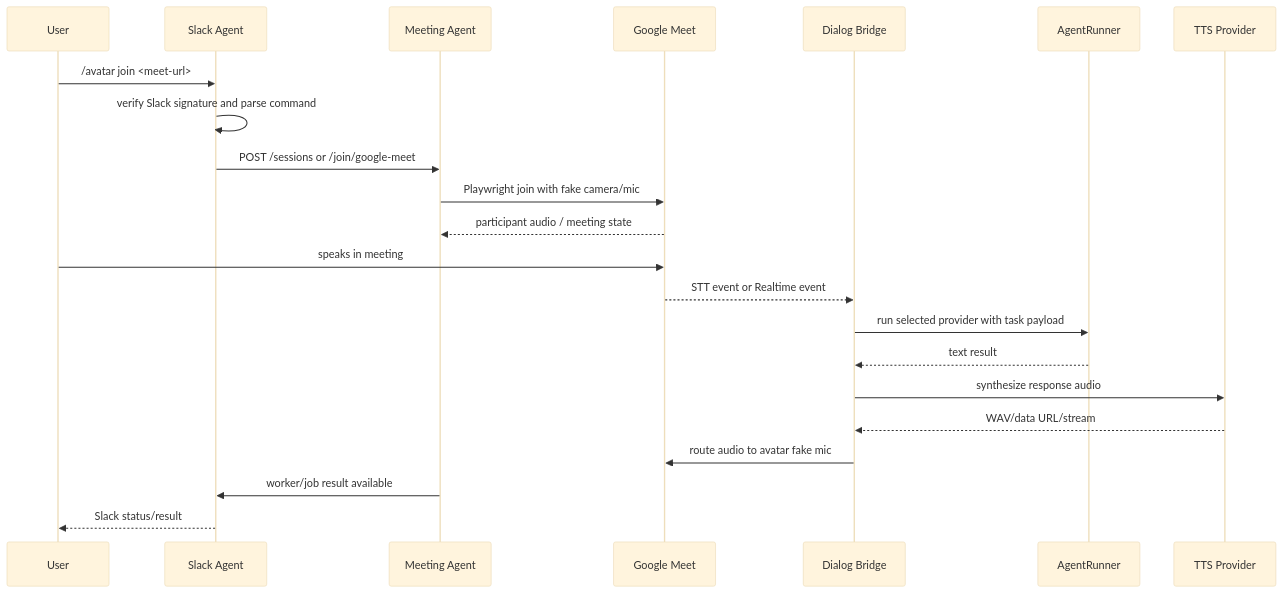
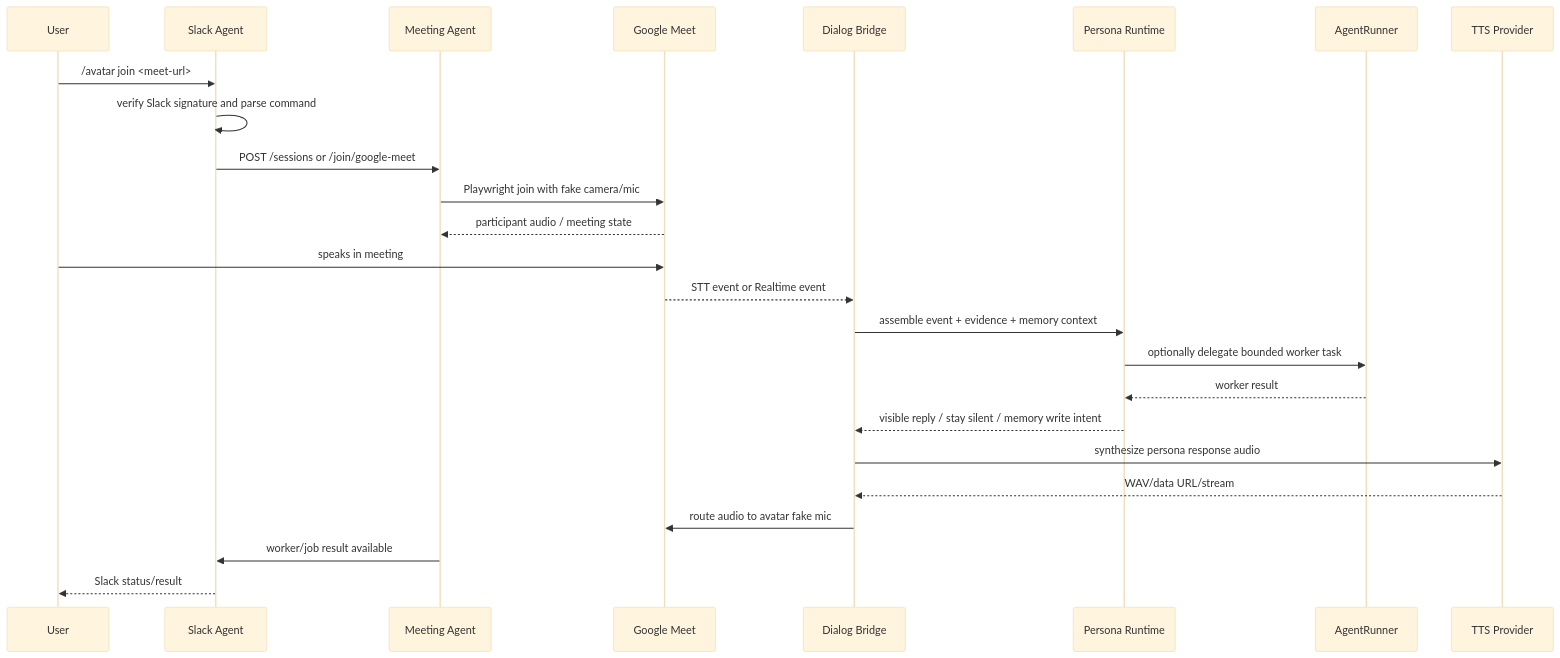
Before and after one commit to AFK-surf/oneesama: the second of 3 diagrams in docs/architecture.md, drawn with Mermaid (base theme). The commit also changed other lines of this file and 2 other files, not shown here.

Commit message:
docs(architecture): define persona runtime pivot

````diff
--- a/docs/architecture.md
+++ b/docs/architecture.md
@@ -42,25 +55,28 @@
 ```mermaid
 sequenceDiagram
     participant U as User
     participant S as Slack Agent
     participant M as Meeting Agent
     participant G as Google Meet
     participant D as Dialog Bridge
+    participant P as Persona Runtime
     participant R as AgentRunner
     participant T as TTS Provider
 
     U->>S: /avatar join <meet-url>
     S->>S: verify Slack signature and parse command
     S->>M: POST /sessions or /join/google-meet
     M->>G: Playwright join with fake camera/mic
     G-->>M: participant audio / meeting state
     U->>G: speaks in meeting
     G-->>D: STT event or Realtime event
-    D->>R: run selected provider with task payload
-    R-->>D: text result
-    D->>T: synthesize response audio
+    D->>P: assemble event + evidence + memory context
+    P->>R: optionally delegate bounded worker task
+    R-->>P: worker result
+    P-->>D: visible reply / stay silent / memory write intent
+    D->>T: synthesize persona response audio
     T-->>D: WAV/data URL/stream
     D->>G: route audio to avatar fake mic
     M->>S: worker/job result available
     S-->>U: Slack status/result
 ```
````
